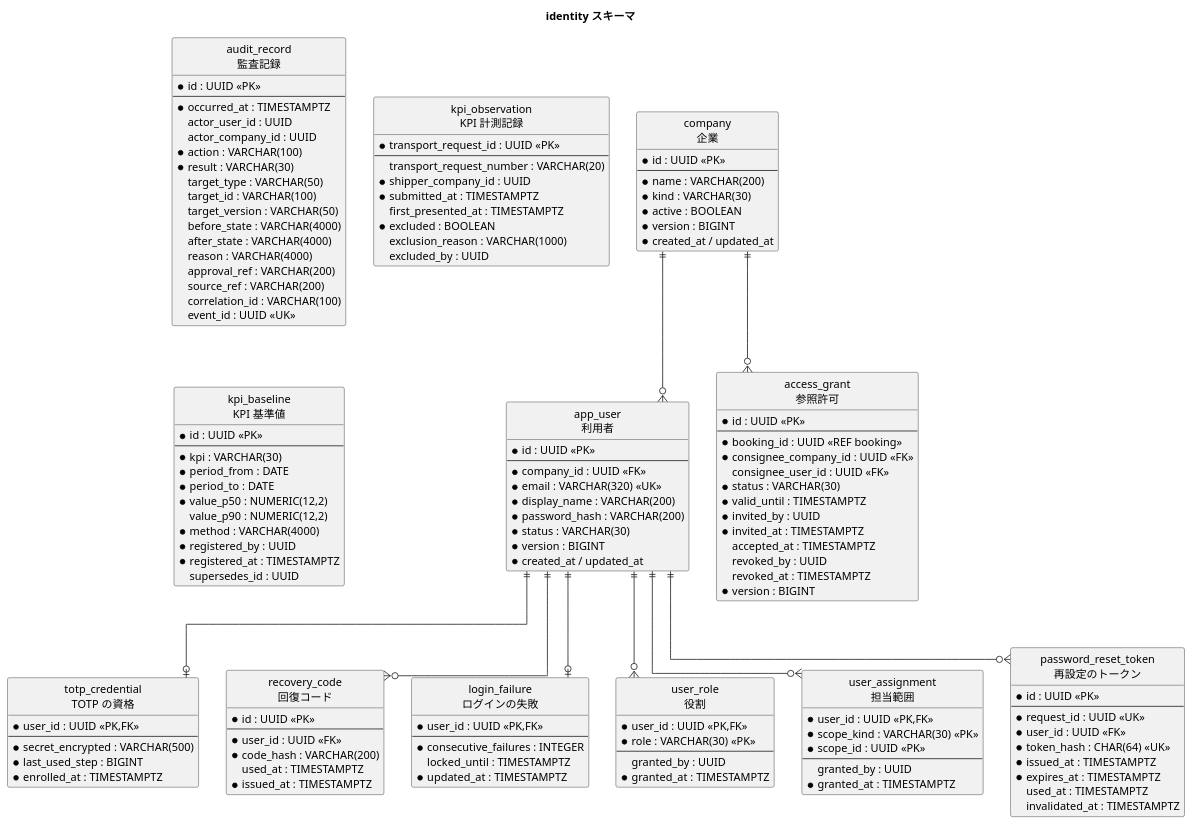
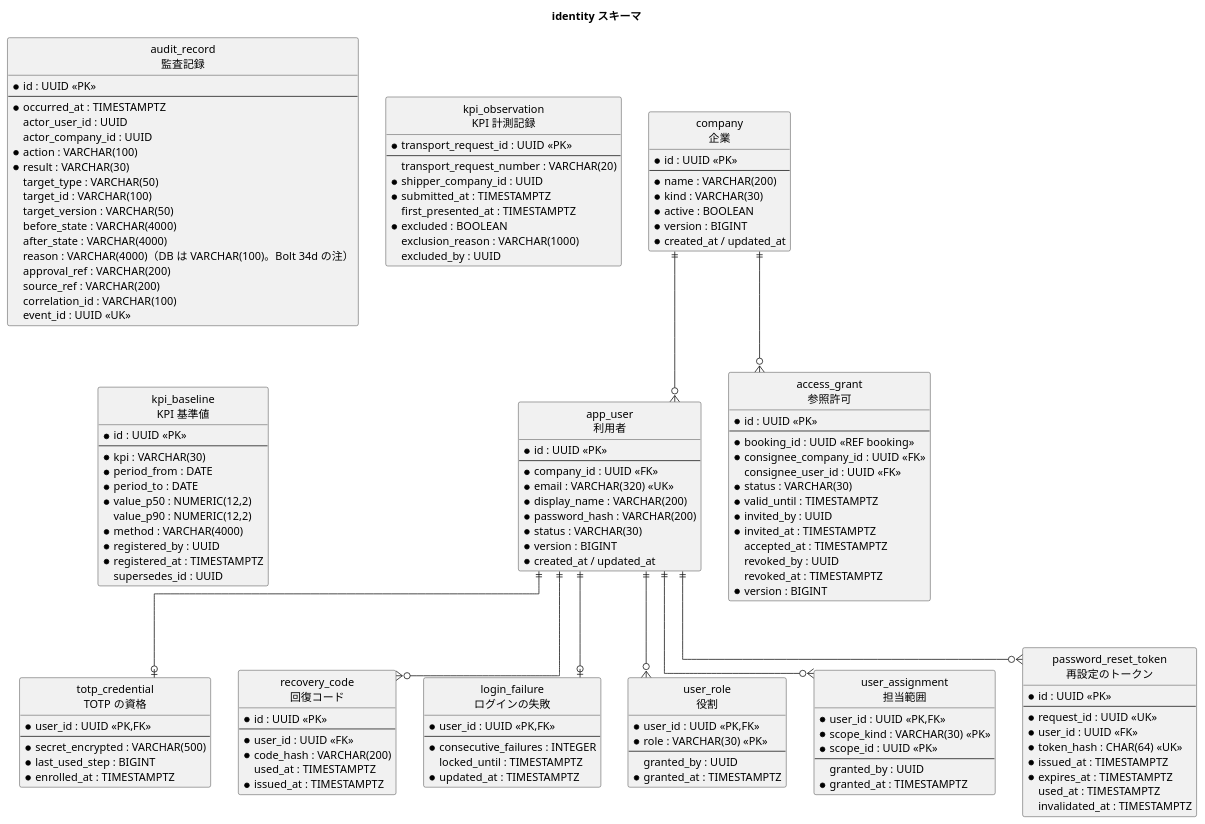
Before and after one commit to k2works/practical-domain-driven-design-in-enterpris-application: the sixth of 8 diagrams in docs/design/cargo-tracker/data_model.md, drawn with PlantUML. The commit also changed other lines of this file and 8 other files, not shown here.

```diff
--- a/docs/design/cargo-tracker/data_model.md
+++ b/docs/design/cargo-tracker/data_model.md
@@ -861,7 +861,7 @@
   target_version : VARCHAR(50)
   before_state : VARCHAR(4000)
   after_state : VARCHAR(4000)
-  reason : VARCHAR(4000)
+  reason : VARCHAR(4000)（DB は VARCHAR(100)。Bolt 34d の注）
   approval_ref : VARCHAR(200)
   source_ref : VARCHAR(200)
   correlation_id : VARCHAR(100)
```
